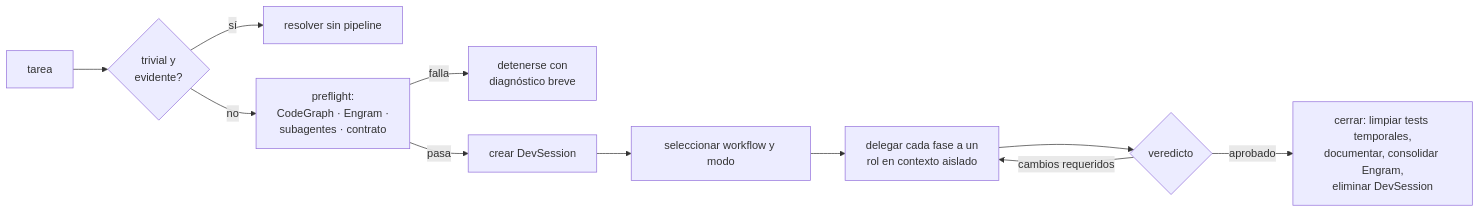
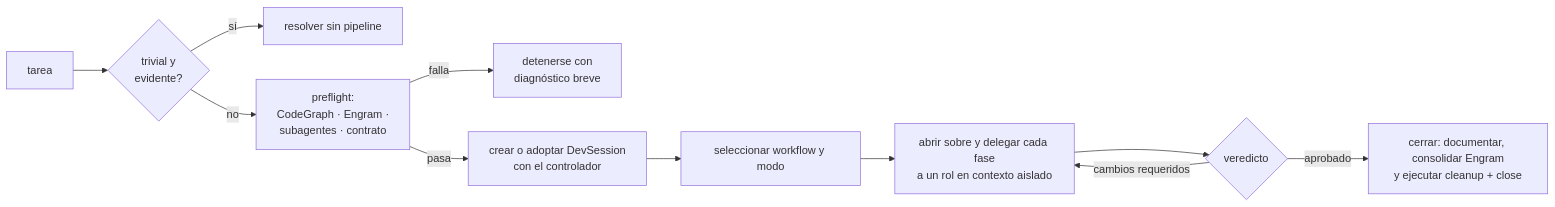
The third of 3 diagrams in docs/arquitectura.md (KroxiDev/agentic-layer), drawn with Mermaid before and after one commit. The commit also changed other lines of this file and 25 other files, not shown here.

````diff
--- a/docs/arquitectura.md
+++ b/docs/arquitectura.md
@@ -171,13 +176,13 @@
 ```mermaid
 flowchart LR
     task["tarea"] --> triv{"trivial y<br/>evidente?"}
     triv -->|sí| direct["resolver sin pipeline"]
     triv -->|no| pre["preflight:<br/>CodeGraph · Engram ·<br/>subagentes · contrato"]
     pre -->|falla| stop["detenerse con<br/>diagnóstico breve"]
-    pre -->|pasa| sess["crear DevSession"]
+    pre -->|pasa| sess["crear o adoptar DevSession<br/>con el controlador"]
     sess --> wf["seleccionar workflow y modo"]
-    wf --> fases["delegar cada fase a un<br/>rol en contexto aislado"]
+    wf --> fases["abrir sobre y delegar cada fase<br/>a un rol en contexto aislado"]
     fases --> eval{"veredicto"}
     eval -->|cambios requeridos| fases
-    eval -->|aprobado| close["cerrar: limpiar tests temporales,<br/>documentar, consolidar Engram,<br/>eliminar DevSession"]
+    eval -->|aprobado| close["cerrar: documentar, consolidar Engram<br/>y ejecutar cleanup + close"]
 ```
````
